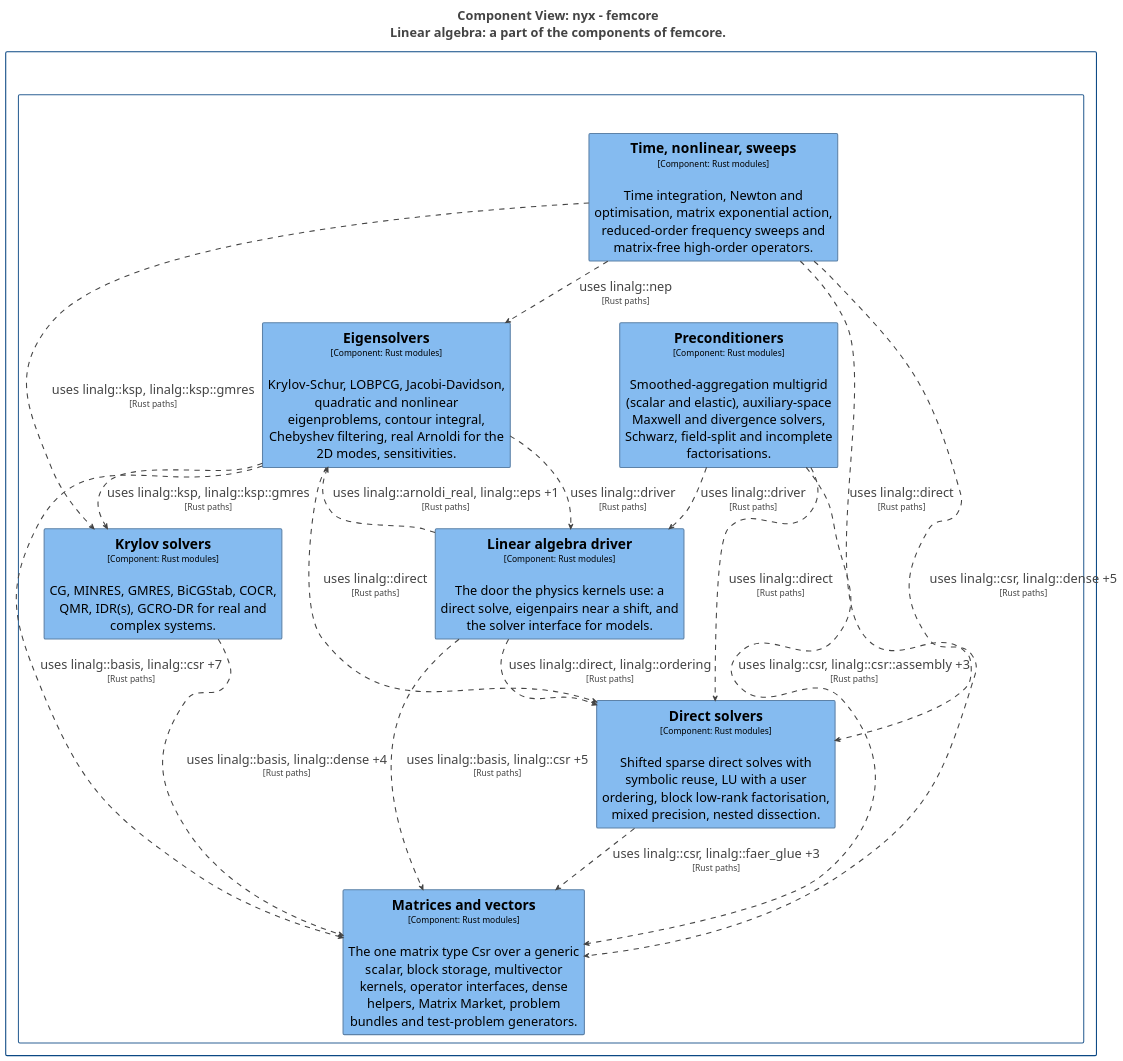
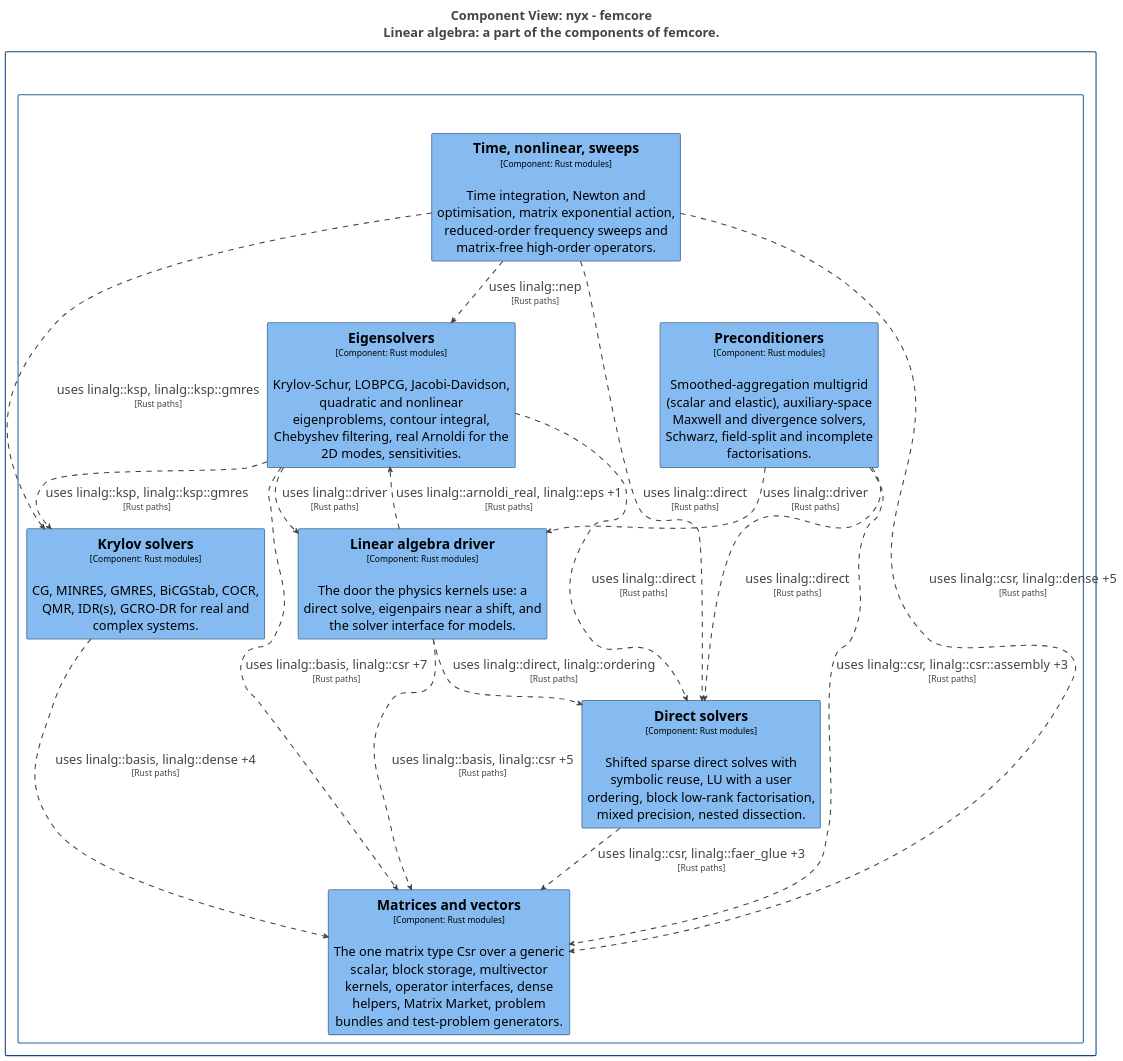
One commit to p-j-r/nyx changed the diagram in docs/architecture/c4/export/plantuml/structurizr-Components_femcore_linalg.puml. Above: the diagram before and after it, drawn with PlantUML. The commit also changed other lines of this file and 82 other files, not shown here.

```diff
--- a/docs/architecture/c4/export/plantuml/structurizr-Components_femcore_linalg.puml
+++ b/docs/architecture/c4/export/plantuml/structurizr-Components_femcore_linalg.puml
@@ -1,89 +1,89 @@
 @startuml
 title <size:24>Component View: nyx - femcore</size>\n<size:24>Linear algebra: a part of the components of femcore.</size>
 
 set separator none
 top to bottom direction
 skinparam ranksep 60
 skinparam nodesep 30
 hide stereotype
 
 <style>
   root {
     BackgroundColor: #ffffff;
     FontColor: #444444;
   }
   // Element,Component
   .Element-RWxlbWVudCxDb21wb25lbnQ= {
     BackgroundColor: #85bbf0;
     LineColor: #5d82a8;
     LineStyle: 0;
     LineThickness: 2;
     FontColor: #000000;
     FontSize: 24;
     HorizontalAlignment: center;
     Shadowing: 0;
     MaximumWidth: 450;
   }
   // Relationship
   .Relationship-UmVsYXRpb25zaGlw {
     LineThickness: 2;
     LineStyle: 10-10;
     LineColor: #444444;
     FontColor: #444444;
     FontSize: 24;
   }
   // femcore
   .Boundary-ZmVtY29yZQ== {
     BackgroundColor: #ffffff;
     LineColor: #2e6295;
     LineStyle: 0;
     LineThickness: 2;
     FontColor: #ffffff;
     FontSize: 24;
     HorizontalAlignment: center;
     Shadowing: 0;
   }
   // nyx
   .Boundary-bnl4 {
     BackgroundColor: #ffffff;
     LineColor: #0b4884;
     LineStyle: 0;
     LineThickness: 2;
     FontColor: #ffffff;
     FontSize: 24;
     HorizontalAlignment: center;
     Shadowing: 0;
   }
 </style>
 
 rectangle "nyx\n<size:16>[Software System]</size>" <<Boundary-bnl4>> {
   rectangle "femcore\n<size:16>[Container: Rust library]</size>" <<Boundary-ZmVtY29yZQ==>> {
+    rectangle "==Direct solvers\n<size:16>[Component: Rust modules]</size>\n\nShifted sparse direct solves with symbolic reuse, LU with a user ordering, block low-rank factorisation, mixed precision, nested dissection." <<Element-RWxlbWVudCxDb21wb25lbnQ=>> as nyx.femcore.Directsolvers
     rectangle "==Krylov solvers\n<size:16>[Component: Rust modules]</size>\n\nCG, MINRES, GMRES, BiCGStab, COCR, QMR, IDR(s), GCRO-DR for real and complex systems." <<Element-RWxlbWVudCxDb21wb25lbnQ=>> as nyx.femcore.Krylovsolvers
     rectangle "==Eigensolvers\n<size:16>[Component: Rust modules]</size>\n\nKrylov-Schur, LOBPCG, Jacobi-Davidson, quadratic and nonlinear eigenproblems, contour integral, Chebyshev filtering, real Arnoldi for the 2D modes, sensitivities." <<Element-RWxlbWVudCxDb21wb25lbnQ=>> as nyx.femcore.Eigensolvers
     rectangle "==Preconditioners\n<size:16>[Component: Rust modules]</size>\n\nSmoothed-aggregation multigrid (scalar and elastic), auxiliary-space Maxwell and divergence solvers, Schwarz, field-split and incomplete factorisations." <<Element-RWxlbWVudCxDb21wb25lbnQ=>> as nyx.femcore.Preconditioners
     rectangle "==Time, nonlinear, sweeps\n<size:16>[Component: Rust modules]</size>\n\nTime integration, Newton and optimisation, matrix exponential action, reduced-order frequency sweeps and matrix-free high-order operators." <<Element-RWxlbWVudCxDb21wb25lbnQ=>> as nyx.femcore.Timenonlinearsweeps
     rectangle "==Matrices and vectors\n<size:16>[Component: Rust modules]</size>\n\nThe one matrix type Csr over a generic scalar, block storage, multivector kernels, operator interfaces, dense helpers, Matrix Market, problem bundles and test-problem generators." <<Element-RWxlbWVudCxDb21wb25lbnQ=>> as nyx.femcore.Matricesandvectors
     rectangle "==Linear algebra driver\n<size:16>[Component: Rust modules]</size>\n\nThe door the physics kernels use: a direct solve, eigenpairs near a shift, and the solver interface for models." <<Element-RWxlbWVudCxDb21wb25lbnQ=>> as nyx.femcore.Linearalgebradriver
-    rectangle "==Direct solvers\n<size:16>[Component: Rust modules]</size>\n\nShifted sparse direct solves with symbolic reuse, LU with a user ordering, block low-rank factorisation, mixed precision, nested dissection." <<Element-RWxlbWVudCxDb21wb25lbnQ=>> as nyx.femcore.Directsolvers
   }
 
 }
 
 nyx.femcore.Directsolvers --> nyx.femcore.Matricesandvectors <<Relationship-UmVsYXRpb25zaGlw>> : "uses linalg::csr, linalg::faer_glue +3\n<size:16>[Rust paths]</size>"
 nyx.femcore.Linearalgebradriver --> nyx.femcore.Matricesandvectors <<Relationship-UmVsYXRpb25zaGlw>> : "uses linalg::basis, linalg::csr +5\n<size:16>[Rust paths]</size>"
 nyx.femcore.Linearalgebradriver --> nyx.femcore.Directsolvers <<Relationship-UmVsYXRpb25zaGlw>> : "uses linalg::direct, linalg::ordering\n<size:16>[Rust paths]</size>"
 nyx.femcore.Linearalgebradriver --> nyx.femcore.Eigensolvers <<Relationship-UmVsYXRpb25zaGlw>> : "uses linalg::arnoldi_real, linalg::eps +1\n<size:16>[Rust paths]</size>"
 nyx.femcore.Eigensolvers --> nyx.femcore.Matricesandvectors <<Relationship-UmVsYXRpb25zaGlw>> : "uses linalg::basis, linalg::csr +7\n<size:16>[Rust paths]</size>"
 nyx.femcore.Eigensolvers --> nyx.femcore.Directsolvers <<Relationship-UmVsYXRpb25zaGlw>> : "uses linalg::direct\n<size:16>[Rust paths]</size>"
 nyx.femcore.Eigensolvers --> nyx.femcore.Linearalgebradriver <<Relationship-UmVsYXRpb25zaGlw>> : "uses linalg::driver\n<size:16>[Rust paths]</size>"
 nyx.femcore.Eigensolvers --> nyx.femcore.Krylovsolvers <<Relationship-UmVsYXRpb25zaGlw>> : "uses linalg::ksp, linalg::ksp::gmres\n<size:16>[Rust paths]</size>"
 nyx.femcore.Krylovsolvers --> nyx.femcore.Matricesandvectors <<Relationship-UmVsYXRpb25zaGlw>> : "uses linalg::basis, linalg::dense +4\n<size:16>[Rust paths]</size>"
 nyx.femcore.Timenonlinearsweeps --> nyx.femcore.Matricesandvectors <<Relationship-UmVsYXRpb25zaGlw>> : "uses linalg::csr, linalg::dense +5\n<size:16>[Rust paths]</size>"
 nyx.femcore.Timenonlinearsweeps --> nyx.femcore.Directsolvers <<Relationship-UmVsYXRpb25zaGlw>> : "uses linalg::direct\n<size:16>[Rust paths]</size>"
 nyx.femcore.Timenonlinearsweeps --> nyx.femcore.Eigensolvers <<Relationship-UmVsYXRpb25zaGlw>> : "uses linalg::nep\n<size:16>[Rust paths]</size>"
 nyx.femcore.Timenonlinearsweeps --> nyx.femcore.Krylovsolvers <<Relationship-UmVsYXRpb25zaGlw>> : "uses linalg::ksp, linalg::ksp::gmres\n<size:16>[Rust paths]</size>"
 nyx.femcore.Preconditioners --> nyx.femcore.Matricesandvectors <<Relationship-UmVsYXRpb25zaGlw>> : "uses linalg::csr, linalg::csr::assembly +3\n<size:16>[Rust paths]</size>"
 nyx.femcore.Preconditioners --> nyx.femcore.Directsolvers <<Relationship-UmVsYXRpb25zaGlw>> : "uses linalg::direct\n<size:16>[Rust paths]</size>"
 nyx.femcore.Preconditioners --> nyx.femcore.Linearalgebradriver <<Relationship-UmVsYXRpb25zaGlw>> : "uses linalg::driver\n<size:16>[Rust paths]</size>"
 
 @enduml
```
